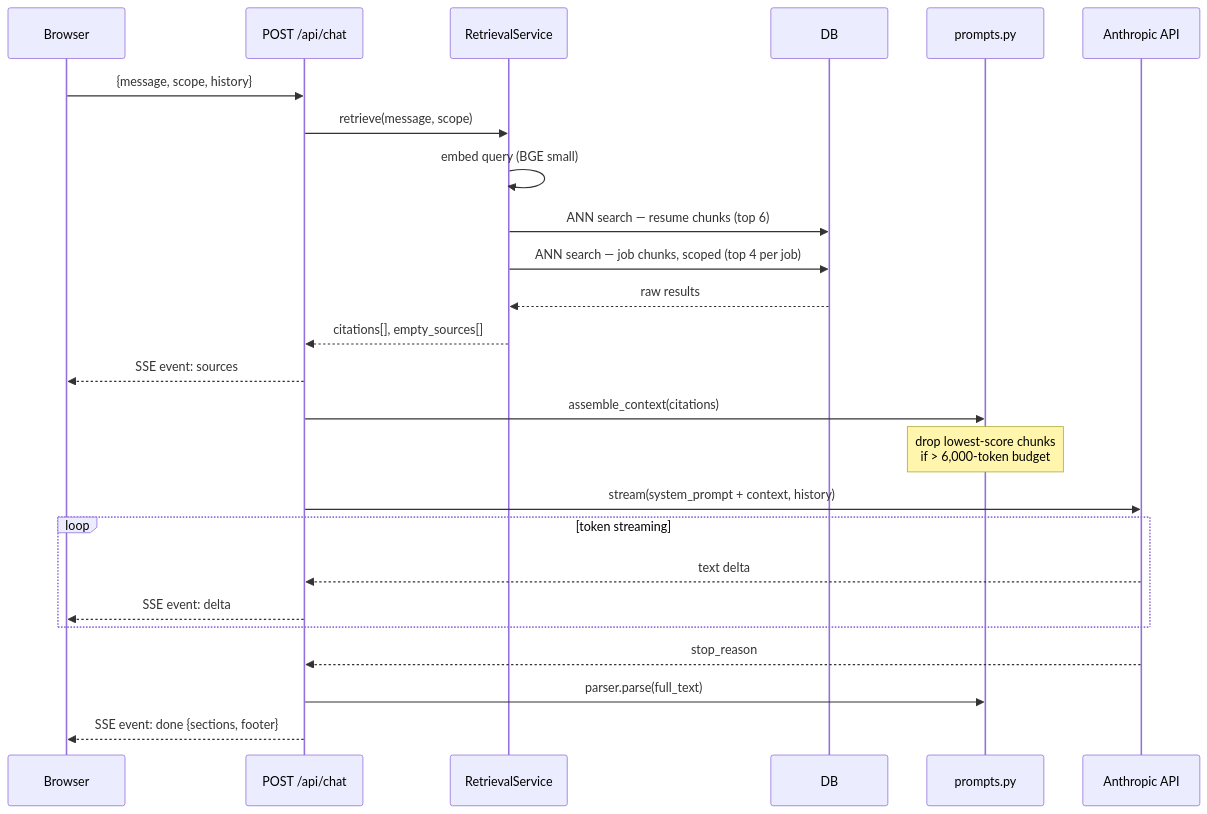
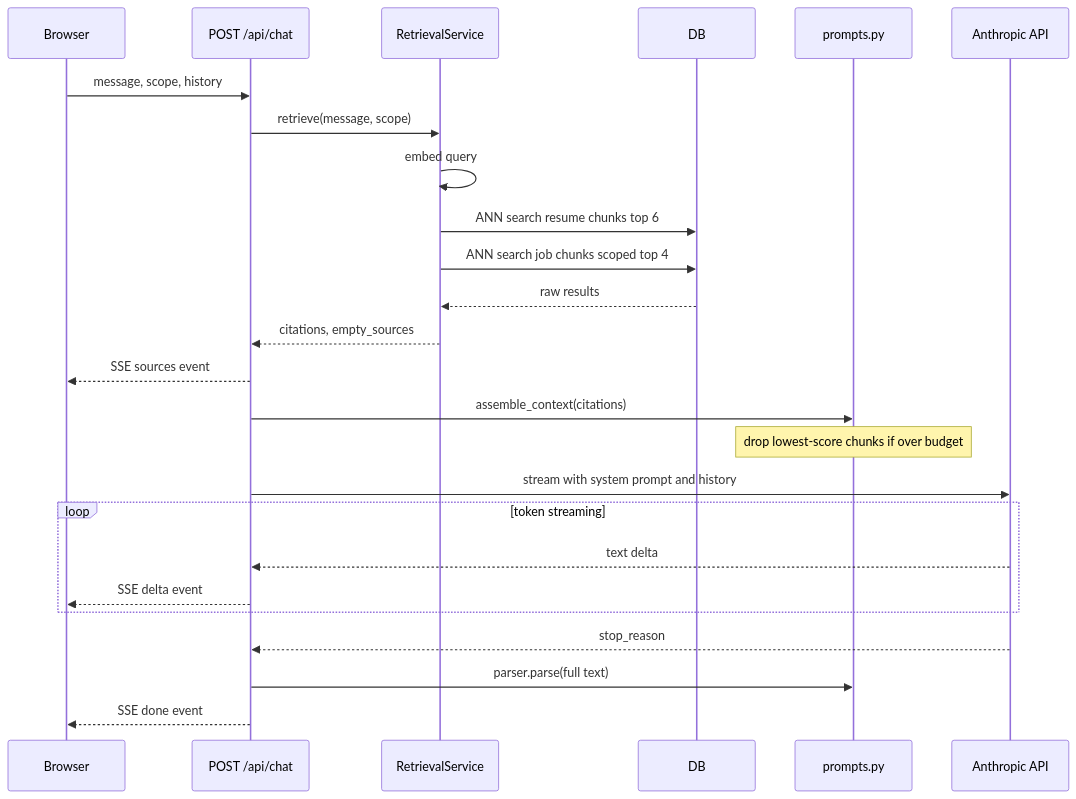
One commit to Koi725/career-intelligence-assistant changed the third of 5 diagrams in README.md. Above: the diagram before and after it, drawn with Mermaid. The commit also changed other lines of this file, not shown here.

Commit message:
docs: add walkthrough, api examples and retrieval explanation

````diff
--- a/README.md
+++ b/README.md
@@ -65,28 +92,28 @@
 ```mermaid
 sequenceDiagram
     participant Browser
     participant API as POST /api/chat
     participant Ret as RetrievalService
     participant DB
     participant Prompts as prompts.py
     participant Claude as Anthropic API
 
-    Browser->>API: {message, scope, history}
+    Browser->>API: message, scope, history
     API->>Ret: retrieve(message, scope)
-    Ret->>Ret: embed query (BGE small)
-    Ret->>DB: ANN search — resume chunks (top 6)
-    Ret->>DB: ANN search — job chunks, scoped (top 4 per job)
+    Ret->>Ret: embed query
+    Ret->>DB: ANN search resume chunks top 6
+    Ret->>DB: ANN search job chunks scoped top 4
     DB-->>Ret: raw results
-    Ret-->>API: citations[], empty_sources[]
-    API-->>Browser: SSE event: sources
+    Ret-->>API: citations, empty_sources
+    API-->>Browser: SSE sources event
     API->>Prompts: assemble_context(citations)
-    Note over Prompts: drop lowest-score chunks<br/>if > 6,000-token budget
-    API->>Claude: stream(system_prompt + context, history)
+    Note over Prompts: drop lowest-score chunks if over budget
+    API->>Claude: stream with system prompt and history
     loop token streaming
         Claude-->>API: text delta
-        API-->>Browser: SSE event: delta
+        API-->>Browser: SSE delta event
     end
     Claude-->>API: stop_reason
-    API->>Prompts: parser.parse(full_text)
-    API-->>Browser: SSE event: done {sections, footer}
+    API->>Prompts: parser.parse(full text)
+    API-->>Browser: SSE done event
 ```
````
